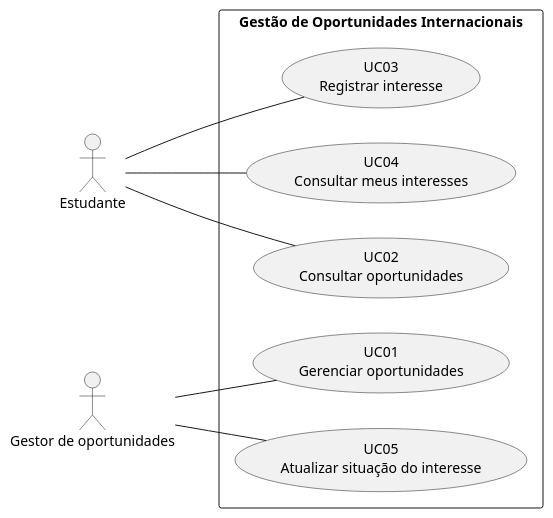
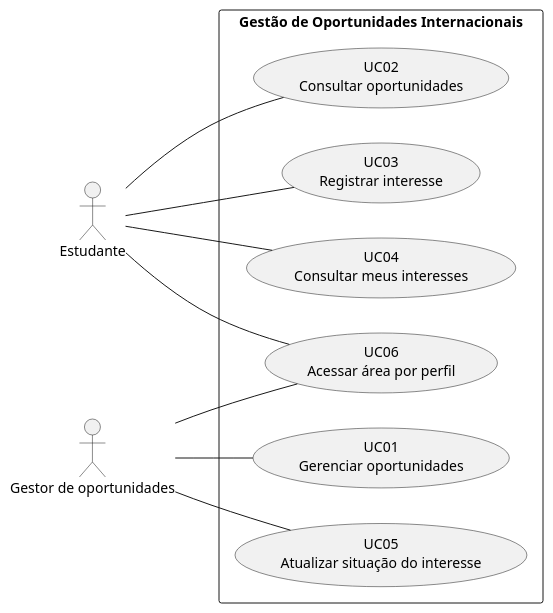
One commit to daniellobo-ops/requisitos-20262-grupo07 changed the second of 2 diagrams in 03-UML/01-Casos-de-Uso.md. Above: the diagram before and after it, drawn with PlantUML. The commit also changed other lines of this file, not shown here.

````diff
--- a/03-UML/01-Casos-de-Uso.md
+++ b/03-UML/01-Casos-de-Uso.md
@@ -45,19 +49,22 @@
 ```plantuml
 @startuml
 left to right direction
 actor "Estudante" as E
 actor "Gestor de oportunidades" as G
 rectangle "Gestão de Oportunidades Internacionais" {
   usecase "UC01\nGerenciar oportunidades" as UC01
   usecase "UC02\nConsultar oportunidades" as UC02
   usecase "UC03\nRegistrar interesse" as UC03
   usecase "UC04\nConsultar meus interesses" as UC04
   usecase "UC05\nAtualizar situação do interesse" as UC05
+  usecase "UC06\nAcessar área por perfil" as UC06
 }
 E -- UC02
 E -- UC03
 E -- UC04
 G -- UC01
 G -- UC05
+E -- UC06
+G -- UC06
 @enduml
 ```
````
